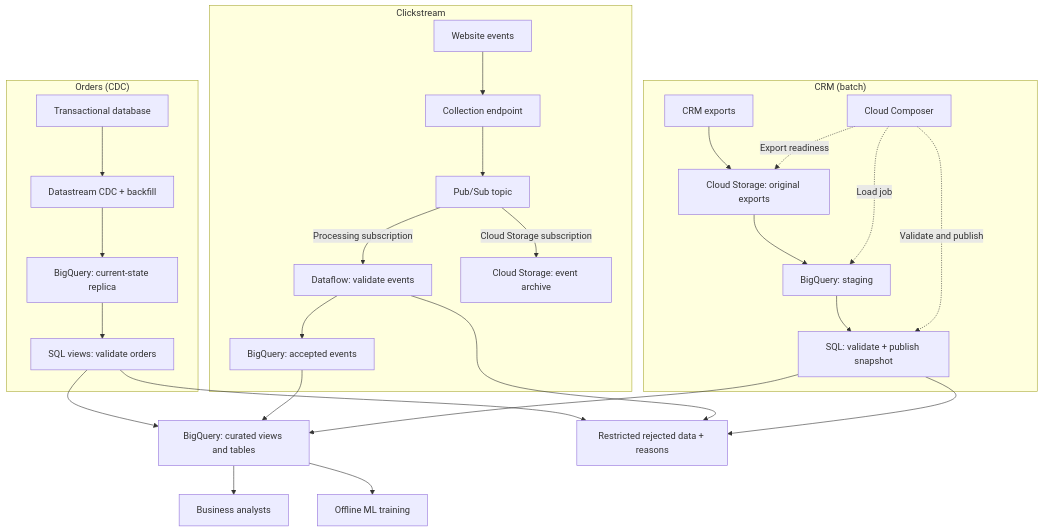
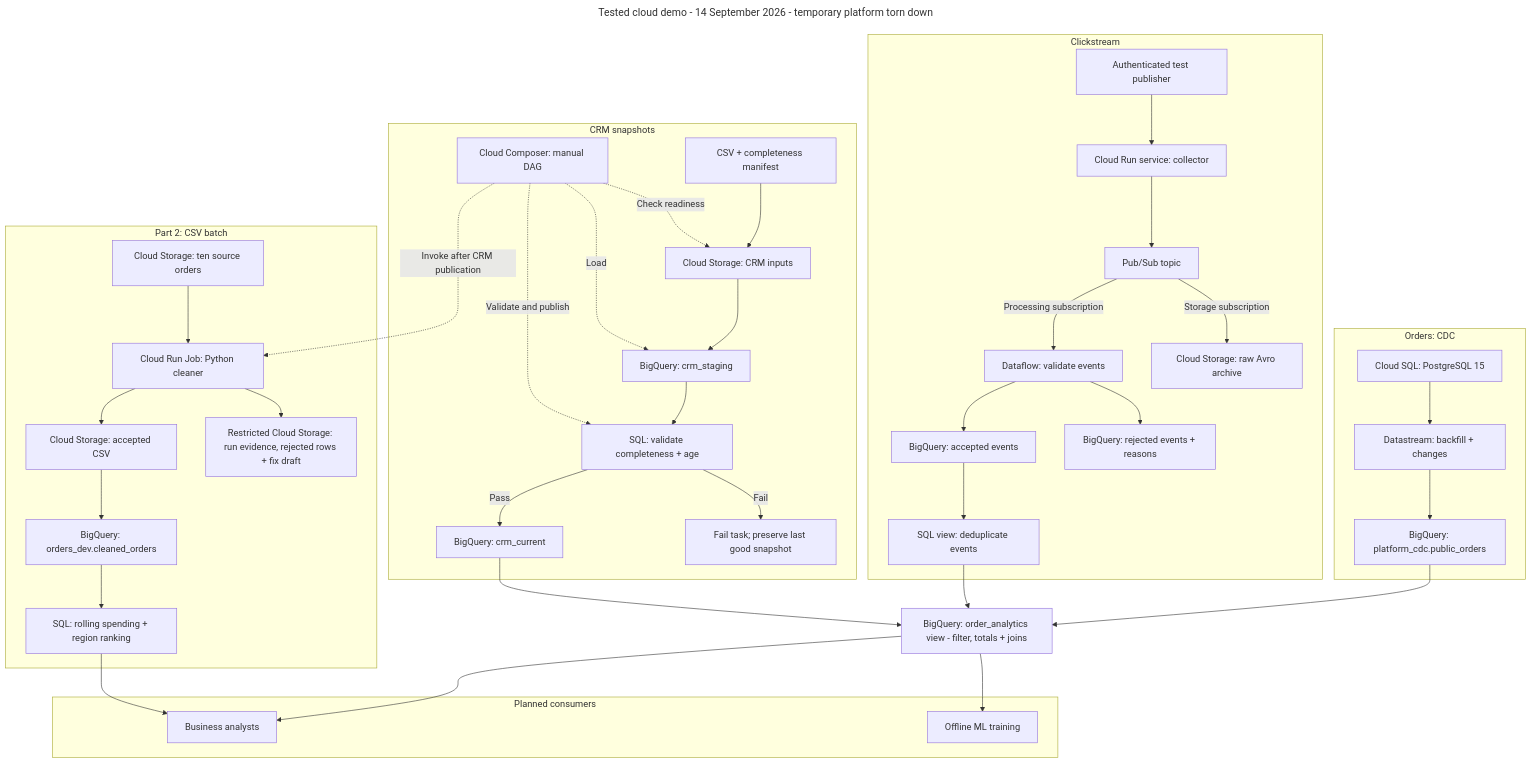
Before and after one commit to JamieLCampbell/SeniorEngineerJobApplication: the diagram in docs/architecture.md, drawn with Mermaid. The commit also changed other lines of this file and 1 other file, not shown here.

Commit message:
Align the architecture diagram with the tested cloud deployment

````diff
--- a/docs/architecture.md
+++ b/docs/architecture.md
@@ -21,31 +21,47 @@
 ```mermaid
+---
+title: Tested cloud demo - 14 September 2026 - temporary platform torn down
+---
 flowchart TB
-    subgraph orders["Orders (CDC)"]
-        DB["Transactional database"] --> CDC["Datastream CDC + backfill"]
-        CDC --> REPLICA["BigQuery: current-state replica"]
-        REPLICA --> ORDER["SQL views: validate orders"]
+    subgraph orders["Orders: CDC"]
+        DB["Cloud SQL: PostgreSQL 15"] --> CDC["Datastream: backfill + changes"]
+        CDC --> REPLICA["BigQuery: platform_cdc.public_orders"]
     end
     subgraph clicks["Clickstream"]
-        WEB["Website events"] --> API["Collection endpoint"]
+        WEB["Authenticated test publisher"] --> API["Cloud Run service: collector"]
         API --> PS["Pub/Sub topic"]
         PS -->|Processing subscription| DF["Dataflow: validate events"]
         DF --> EVENTS["BigQuery: accepted events"]
-        PS -->|Cloud Storage subscription| ARCH["Cloud Storage: event archive"]
+        EVENTS --> UNIQUE["SQL view: deduplicate events"]
+        DF --> EVENTBAD["BigQuery: rejected events + reasons"]
+        PS -->|Storage subscription| ARCH["Cloud Storage: raw Avro archive"]
     end
-    subgraph crm["CRM (batch)"]
-        CRM["CRM exports"] --> FILES["Cloud Storage: original exports"]
-        FILES --> STAGE["BigQuery: staging"]
-        STAGE --> CHECK["SQL: validate + publish snapshot"]
-        COMPOSER["Cloud Composer"] -. Export readiness .-> FILES
-        COMPOSER -. Load job .-> STAGE
+    subgraph crm["CRM snapshots"]
+        CRM["CSV + completeness manifest"] --> FILES["Cloud Storage: CRM inputs"]
+        FILES --> STAGE["BigQuery: crm_staging"]
+        STAGE --> CHECK["SQL: validate completeness + age"]
+        CHECK -->|Pass| CURRENT["BigQuery: crm_current"]
+        CHECK -->|Fail| FAIL["Fail task; preserve last good snapshot"]
+        COMPOSER["Cloud Composer: manual DAG"] -. Check readiness .-> FILES
+        COMPOSER -. Load .-> STAGE
         COMPOSER -. Validate and publish .-> CHECK
     end
-    ORDER --> CURATED["BigQuery: curated views and tables"]
-    EVENTS --> CURATED
-    CHECK --> CURATED
-    ORDER --> BAD["Restricted rejected data + reasons"]
-    DF --> BAD
-    CHECK --> BAD
-    CURATED --> BI["Business analysts"]
-    CURATED --> ML["Offline ML training"]
+    subgraph batch["Part 2: CSV batch"]
+        INPUT["Cloud Storage: ten source orders"] --> RUN["Cloud Run Job: Python cleaner"]
+        RUN --> CLEAN["Cloud Storage: accepted CSV"]
+        CLEAN --> TABLE["BigQuery: orders_dev.cleaned_orders"]
+        TABLE --> METRICS["SQL: rolling spending + region ranking"]
+        RUN --> RUNFILES["Restricted Cloud Storage: run evidence, rejected rows + fix draft"]
+    end
+    COMPOSER -. Invoke after CRM publication .-> RUN
+    REPLICA --> CURATED["BigQuery: order_analytics view - filter, totals + joins"]
+    UNIQUE --> CURATED
+    CURRENT --> CURATED
+    subgraph consumers["Planned consumers"]
+        BI["Business analysts"]
+        ML["Offline ML training"]
+    end
+    CURATED --> BI
+    CURATED --> ML
+    METRICS --> BI
 ```
````
